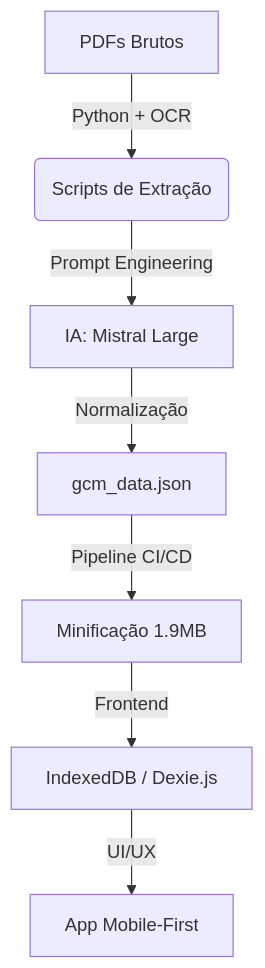
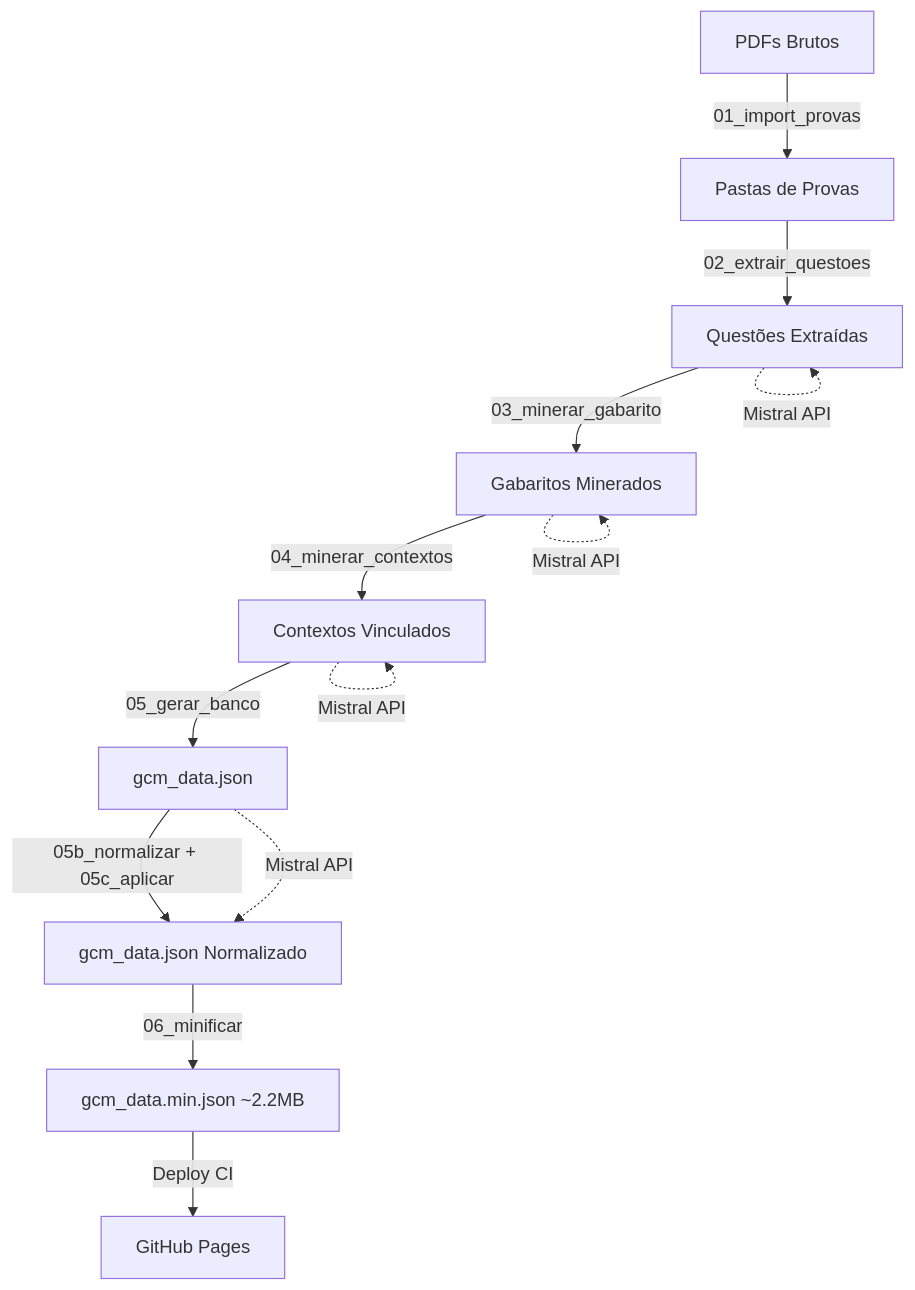
The diagram in README.md (Vitor-Carmo/gcm-simulator), drawn with Mermaid before and after one commit. The commit also changed other lines of this file and 1 other file, not shown here.

````diff
--- a/README.md
+++ b/README.md
@@ -39,9 +40,15 @@
 ```mermaid
 graph TD
-    A[PDFs Brutos] -->|Python + OCR| B(Scripts de Extração)
-    B -->|Prompt Engineering| C[IA: Mistral Large]
-    C -->|Normalização| D[gcm_data.json]
-    D -->|Pipeline CI/CD| E[Minificação 1.9MB]
-    E -->|Frontend| F[IndexedDB / Dexie.js]
-    F -->|UI/UX| G[App Mobile-First]
+    A[PDFs Brutos] -->|01_import_provas| B[Pastas de Provas]
+    B -->|02_extrair_questoes| C[Questões Extraídas]
+    C -->|03_minerar_gabarito| D[Gabaritos Minerados]
+    D -->|04_minerar_contextos| E[Contextos Vinculados]
+    E -->|05_gerar_banco| F[gcm_data.json]
+    F -->|05b_normalizar + 05c_aplicar| G[gcm_data.json Normalizado]
+    G -->|06_minificar| H[gcm_data.min.json ~2.2MB]
+    H -->|Deploy CI| I[GitHub Pages]
+    C -.->|Mistral API| C
+    D -.->|Mistral API| D
+    E -.->|Mistral API| E
+    F -.->|Mistral API| G
 ```
````
